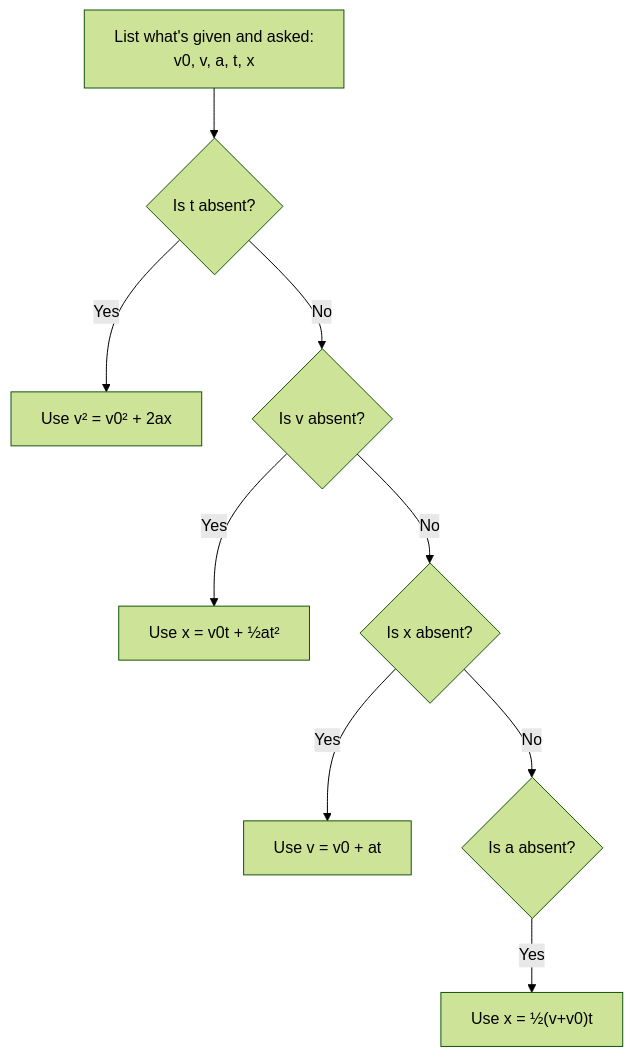
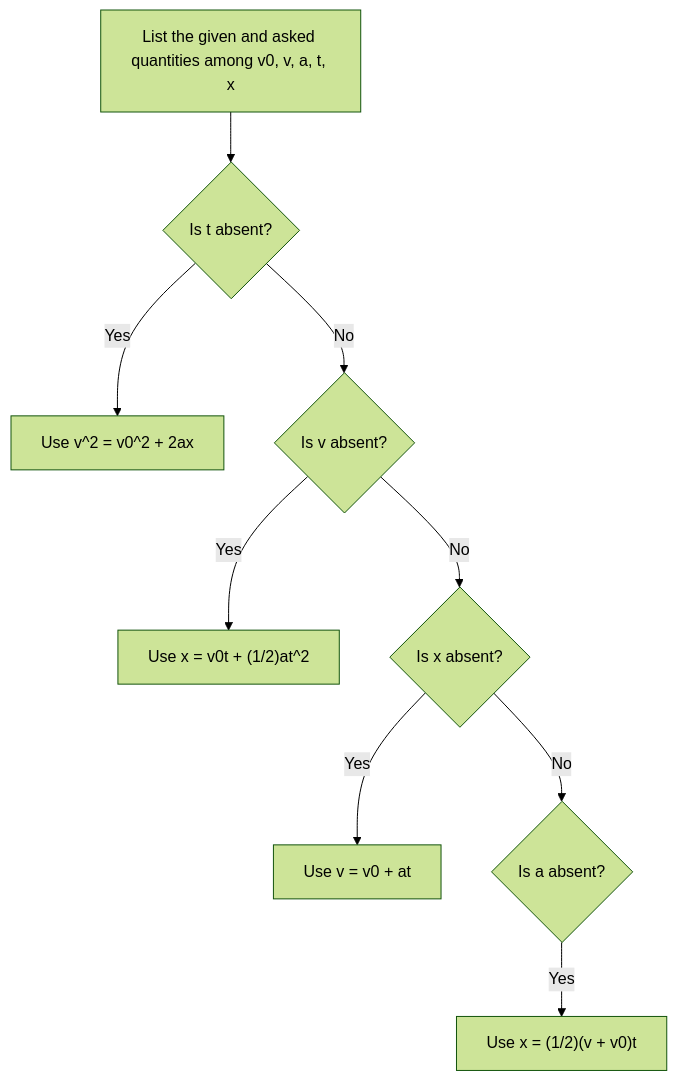
One commit to fsr-science/NCERT-Science changed the second of 2 diagrams in AI-NOTES/PHYSICS/PHYSICS02-MOTION_IN_A_STRAIGHT_LINE/PHYSICS02-MOTION_IN_A_STRAIGHT_LINE-NOTES.md. Above: the diagram before and after it, drawn with Mermaid (forest theme). The commit also changed other lines of this file and 1 other file, not shown here.

````diff
--- a/AI-NOTES/PHYSICS/PHYSICS02-MOTION_IN_A_STRAIGHT_LINE/PHYSICS02-MOTION_IN_A_STRAIGHT_LINE-NOTES.md
+++ b/AI-NOTES/PHYSICS/PHYSICS02-MOTION_IN_A_STRAIGHT_LINE/PHYSICS02-MOTION_IN_A_STRAIGHT_LINE-NOTES.md
@@ -520,11 +648,11 @@
 ```mermaid
 flowchart TD
-    Start["List what's given and asked:<br/>v0, v, a, t, x"] --> Qt{"Is t absent?"}
-    Qt -->|Yes| E3["Use v² = v0² + 2ax"]
+    Start["List the given and asked quantities among v0, v, a, t, x"] --> Qt{"Is t absent?"}
+    Qt -->|Yes| E3["Use v^2 = v0^2 + 2ax"]
     Qt -->|No| Qv{"Is v absent?"}
-    Qv -->|Yes| E2["Use x = v0t + ½at²"]
+    Qv -->|Yes| E2["Use x = v0t + (1/2)at^2"]
     Qv -->|No| Qx{"Is x absent?"}
     Qx -->|Yes| E1["Use v = v0 + at"]
     Qx -->|No| Qa{"Is a absent?"}
-    Qa -->|Yes| E4["Use x = ½(v+v0)t"]
+    Qa -->|Yes| E4["Use x = (1/2)(v + v0)t"]
 ```
````
